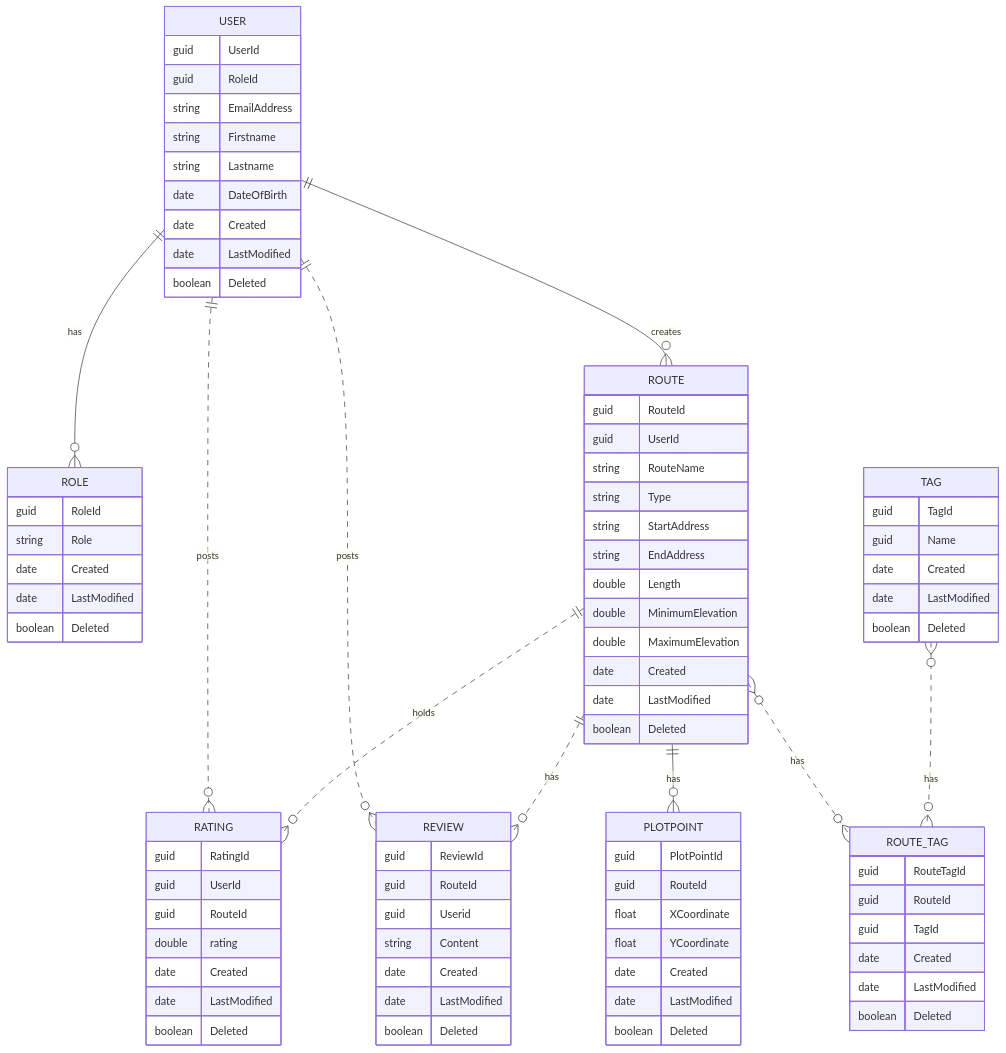
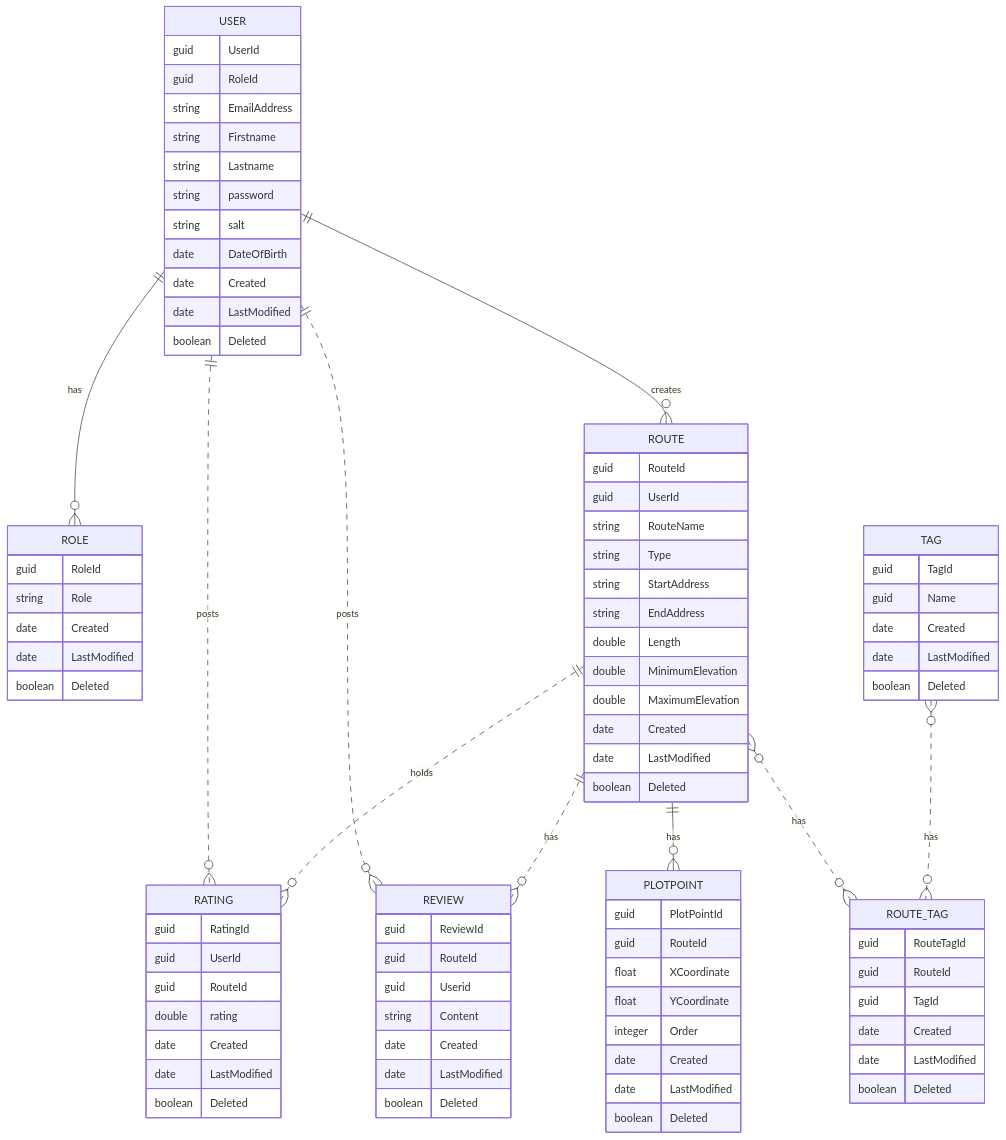
Before and after one commit to MurrayLyne96/RouteFinder: the second of 2 diagrams in README.md, drawn with Mermaid. The commit also changed other lines of this file, not shown here.

First line of the commit message:
Add dictionary and amend ERD

```diff
--- a/README.md
+++ b/README.md
@@ -83,6 +97,8 @@
         string EmailAddress
         string Firstname
         string Lastname
+        string password
+        string salt
         date DateOfBirth
         date Created
         date LastModified
@@ -127,6 +143,7 @@
         guid RouteId
         float XCoordinate
         float YCoordinate
+        integer Order
         date Created
         date LastModified
         boolean Deleted
```
